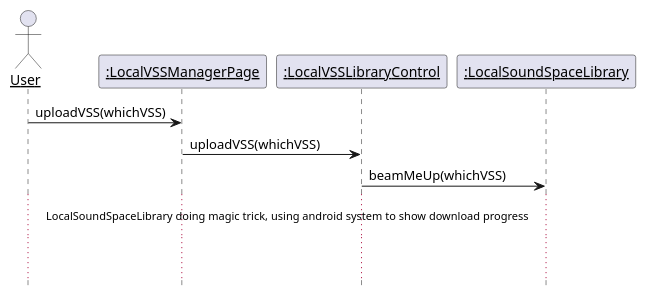
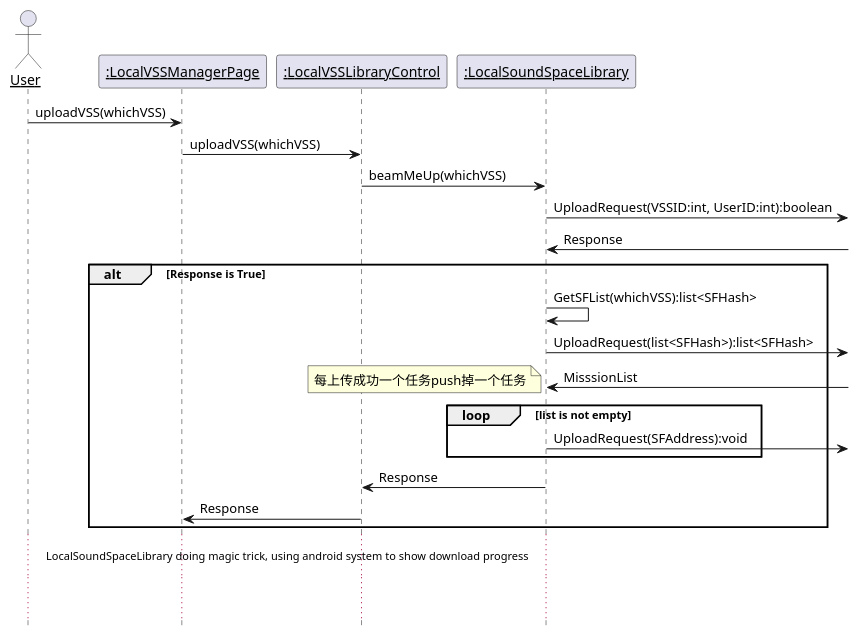
One commit to kpp19920121/doc changed diagram 14 of 31 in 设计/顺序图.md. Above: the diagram before and after it, drawn with PlantUML. The commit also changed other lines of this file, not shown here.

Commit message:
补全了顺序图

````diff
--- a/设计/顺序图.md
+++ b/设计/顺序图.md
@@ -587,17 +532,31 @@
 ```PlantUML
 @startuml Diagrams/UploadVSS
 hide footbox
 skinparam sequenceParticipant underline
 
 actor User as user
 participant ":LocalVSSManagerPage" as page
 participant ":LocalVSSLibraryControl" as control
 participant ":LocalSoundSpaceLibrary" as library
 
 user -> page: uploadVSS(whichVSS)
 page -> control: uploadVSS(whichVSS)
 control -> library: beamMeUp(whichVSS)
+library->:UploadRequest(VSSID:int, UserID:int):boolean
+library<-:Response
+alt Response is True
+  library -> library: GetSFList(whichVSS):list<SFHash>
+  library->:UploadRequest(list<SFHash>):list<SFHash>
+  library<-:MisssionList
+  loop list is not empty
+  note left:每上传成功一个任务push掉一个任务
+    library->:UploadRequest(SFAddress):void
+  end
+  library->control:Response
+  control->page:Response
+end
+
 ...LocalSoundSpaceLibrary doing magic trick, using android system to show download progress...
 ...There are no other ways to show that a local sound space is finished uploading other than android system notices...
 @enduml
 ```
````
